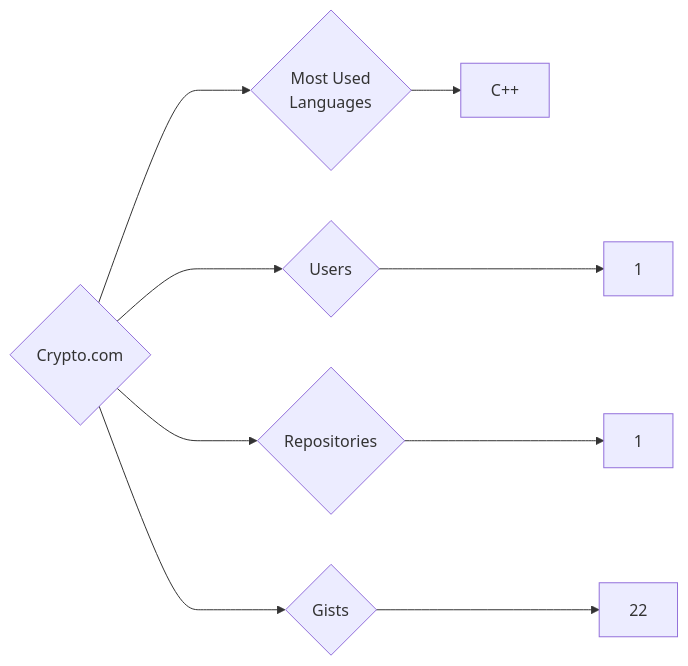
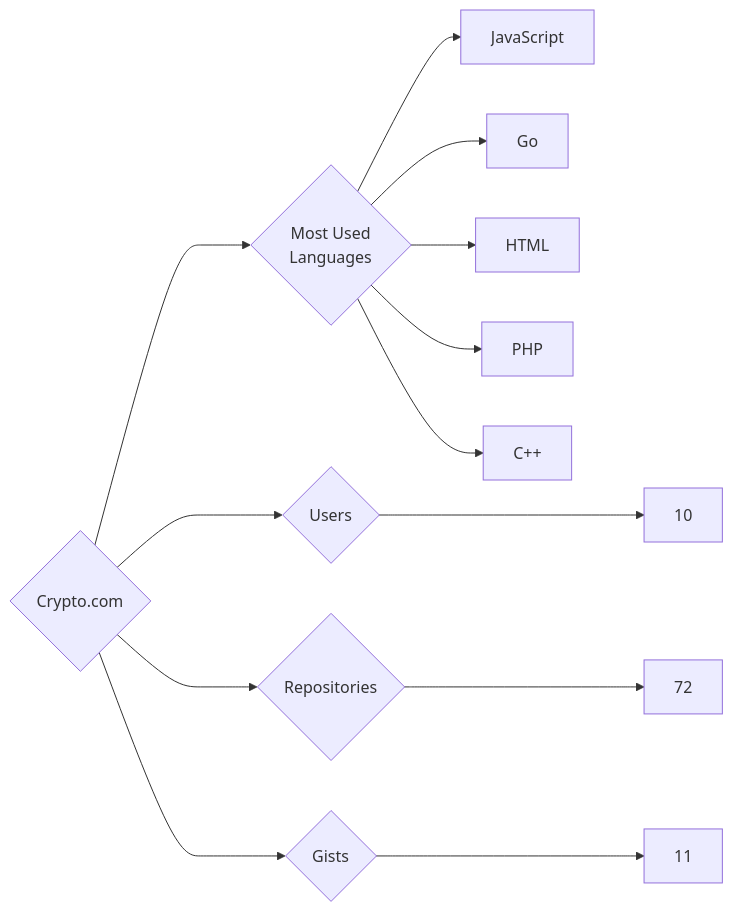
Before and after one commit to trickest/insiders: the diagram in targets/Crypto.com/README.md, drawn with Mermaid. The commit also changed 636 other files, not shown here.

````diff
--- a/targets/Crypto.com/README.md
+++ b/targets/Crypto.com/README.md
@@ -3,9 +3,13 @@
 ```mermaid
 graph LR
 COMPANY_NAME{Crypto.com}
-COMPANY_NAME ---> U{Users} ---> UN[1]
-COMPANY_NAME ---> R{Repositories} ---> RN[1]
-COMPANY_NAME ---> G{Gists} ---> GN[22]
+COMPANY_NAME ---> U{Users} ---> UN[10]
+COMPANY_NAME ---> R{Repositories} ---> RN[72]
+COMPANY_NAME ---> G{Gists} ---> GN[11]
 COMPANY_NAME ---> ML{Most Used<br>Languages}
+ML --> JavaScript[JavaScript]
+ML --> Go[Go]
+ML --> HTML[HTML]
+ML --> PHP[PHP]
 ML --> C++[C++]
 ```
````
